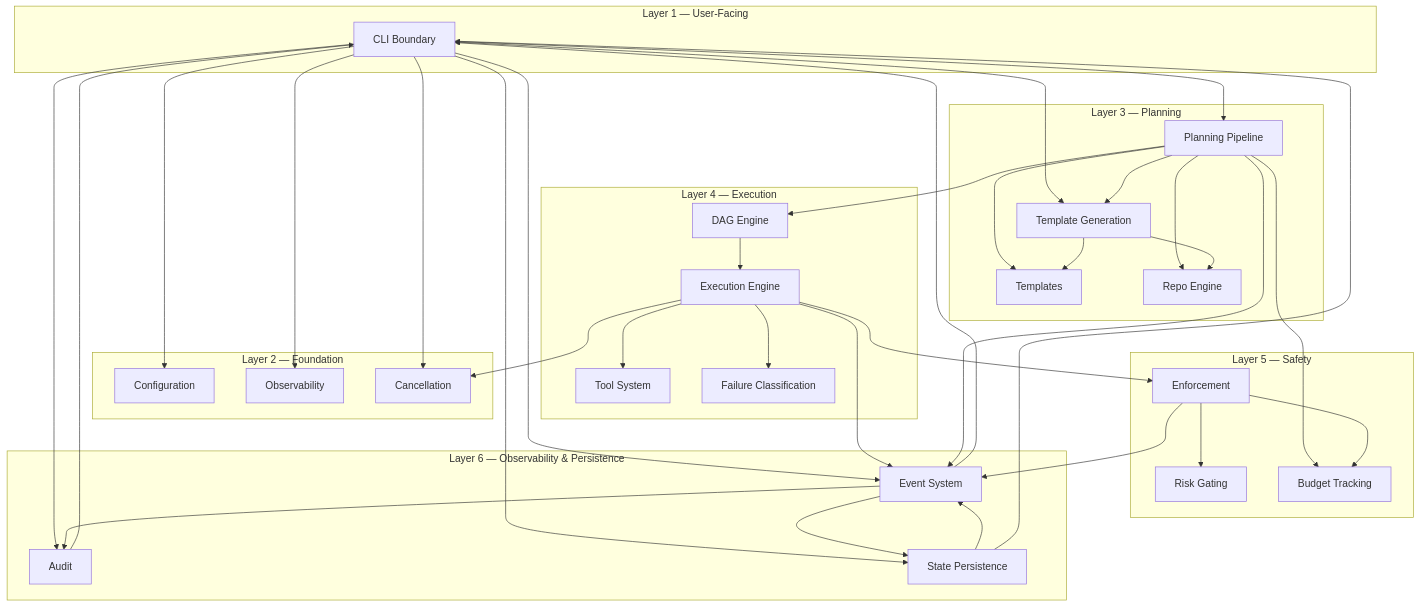
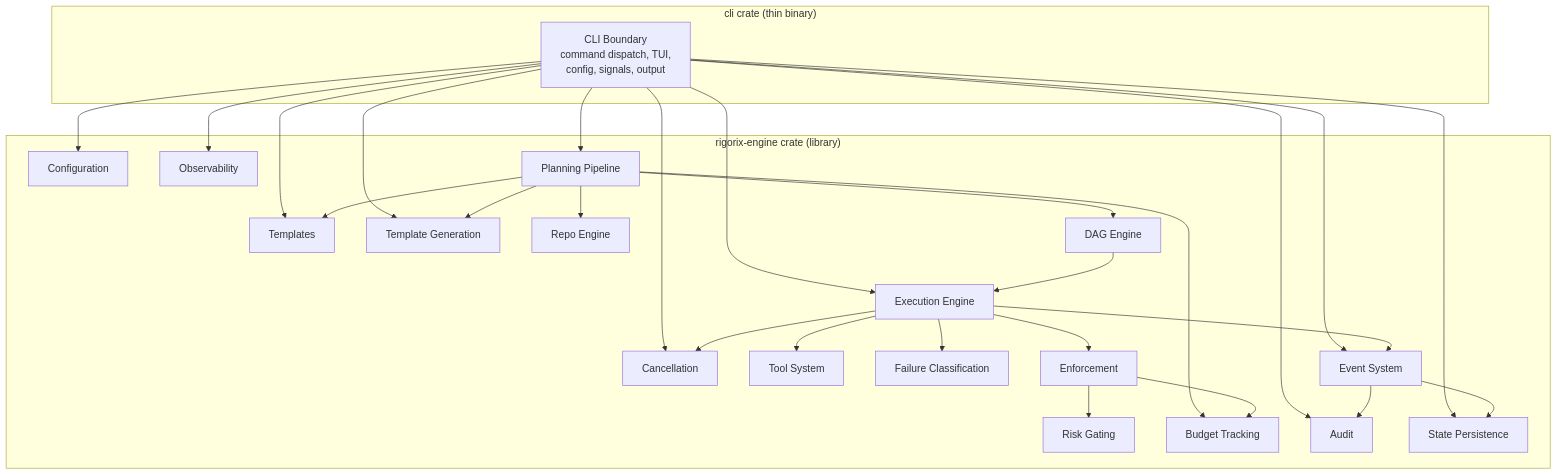
One commit to arman-jalili/rigorix-oss changed the diagram in cli/.pi/architecture/diagrams/system-context.md. Above: the diagram before and after it, drawn with Mermaid. The commit also changed other lines of this file and 222 other files, not shown here.

First line of the commit message:
feat: simplify CLI architecture — single module, no engine mirror layers

````diff
--- a/cli/.pi/architecture/diagrams/system-context.md
+++ b/cli/.pi/architecture/diagrams/system-context.md
@@ -7,75 +3,53 @@
 ```mermaid
 graph TB
-    subgraph "Layer 1 — User-Facing"
-        CLI[CLI Boundary]
+    subgraph "cli crate (thin binary)"
+        CLI[CLI Boundary<br/>command dispatch, TUI,<br/>config, signals, output]
     end
 
-    subgraph "Layer 2 — Foundation"
+    subgraph "rigorix-engine crate (library)"
         CONFIG[Configuration]
         OBSERV[Observability]
         CANCEL[Cancellation]
-    end
-
-    subgraph "Layer 3 — Planning"
         PLANNING[Planning Pipeline]
         TEMPLATES[Templates]
         TEMPGEN[Template Generation]
         REPO[Repo Engine]
-    end
-
-    subgraph "Layer 4 — Execution"
         DAG[DAG Engine]
         EXEC[Execution Engine]
         TOOLS[Tool System]
         FAILURE[Failure Classification]
-    end
-
-    subgraph "Layer 5 — Safety"
         ENFORCE[Enforcement]
         RISK[Risk Gating]
         BUDGET[Budget Tracking]
-    end
-
-    subgraph "Layer 6 — Observability & Persistence"
         EVENTS[Event System]
         AUDIT[Audit]
         STATE[State Persistence]
     end
 
-    %% Dependencies: flows downward or laterally
     CLI --> CONFIG
     CLI --> OBSERV
     CLI --> CANCEL
     CLI --> PLANNING
     CLI --> TEMPGEN
+    CLI --> TEMPLATES
     CLI --> EVENTS
     CLI --> AUDIT
     CLI --> STATE
+    CLI --> EXEC
 
     PLANNING --> TEMPLATES
     PLANNING --> TEMPGEN
     PLANNING --> REPO
     PLANNING --> BUDGET
     PLANNING --> DAG
-    TEMPGEN --> TEMPLATES
-    TEMPGEN --> REPO
-
     DAG --> EXEC
     EXEC --> TOOLS
     EXEC --> CANCEL
     EXEC --> FAILURE
-
     EXEC --> ENFORCE
     ENFORCE --> RISK
     ENFORCE --> BUDGET
-
     EXEC --> EVENTS
-    PLANNING --> EVENTS
-    ENFORCE --> EVENTS
-    STATE --> EVENTS
     EVENTS --> AUDIT
     EVENTS --> STATE
-    EVENTS --> CLI
-    STATE --> CLI
-    AUDIT --> CLI
 ```
````
